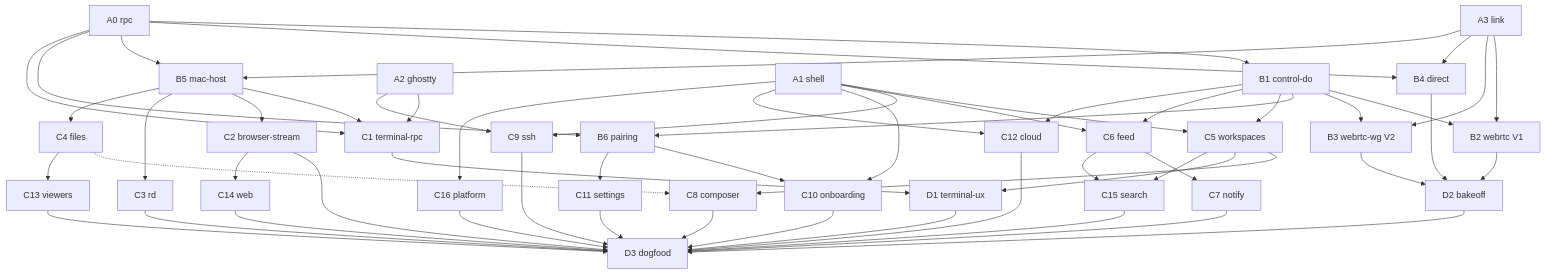
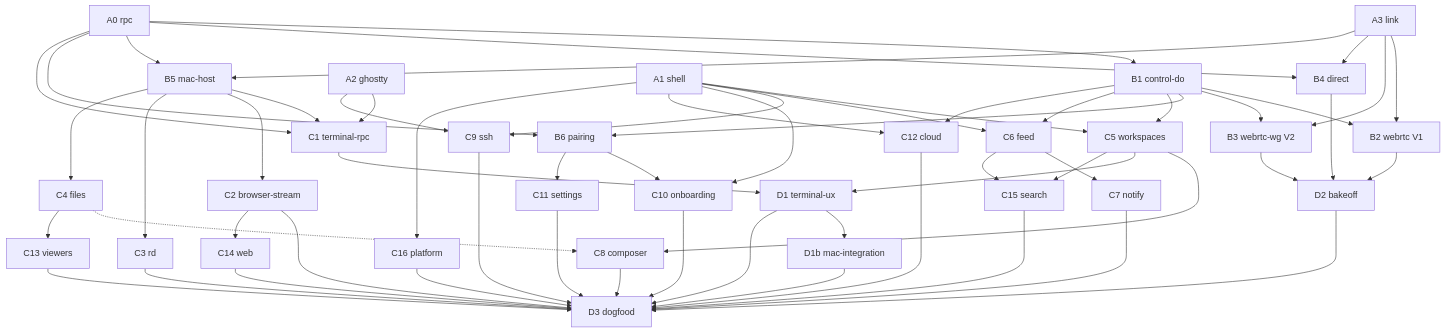
Before and after one commit to manaflow-ai/cmux: the diagram in plans/cmux-next/ios-next/PLAN.md, drawn with Mermaid. The commit also changed other lines of this file, not shown here.

Commit message:
plans(cmux-next): D1b Mac integration lane

````diff
--- a/plans/cmux-next/ios-next/PLAN.md
+++ b/plans/cmux-next/ios-next/PLAN.md
@@ -127,58 +132,60 @@
 ```mermaid
 graph TD
   A0[A0 rpc] --> B1[B1 control-do]
   A0 --> B4[B4 direct]
   A0 --> B5[B5 mac-host]
   A3[A3 link] --> B2[B2 webrtc V1]
   A3 --> B3[B3 webrtc-wg V2]
   A3 --> B4
   A3 --> B5
   B1 --> B2
   B1 --> B3
   B1 --> B6[B6 pairing]
   A0 --> B6
   A0 --> C1[C1 terminal-rpc]
   A2[A2 ghostty] --> C1
   B5 --> C1
   B5 --> C2[C2 browser-stream]
   B5 --> C3[C3 rd]
   B5 --> C4[C4 files]
   A1[A1 shell] --> C5[C5 workspaces]
   B1 --> C5
   A1 --> C6[C6 feed]
   B1 --> C6
   C6 --> C7[C7 notify]
   C5 --> C8[C8 composer]
   C4 -.-> C8
   A1 --> C9[C9 ssh]
   A2 --> C9
   A1 --> C10[C10 onboarding]
   B6 --> C10
   B6 --> C11[C11 settings]
   C1 --> D1[D1 terminal-ux]
+  D1 --> D1b[D1b mac-integration]
+  D1b --> D3
   C5 --> D1
   B2 --> D2[D2 bakeoff]
   B3 --> D2
   B4 --> D2
   D1 --> D3[D3 dogfood]
   D2 --> D3
   C2 --> D3
   C3 --> D3
   C7 --> D3
   C8 --> D3
   C9 --> D3
   C10 --> D3
   C11 --> D3
   A1 --> C12[C12 cloud]
   B1 --> C12
   C4 --> C13[C13 viewers]
   C2 --> C14[C14 web]
   C5 --> C15[C15 search]
   C6 --> C15
   A1 --> C16[C16 platform]
   C12 --> D3
   C13 --> D3
   C14 --> D3
   C15 --> D3
   C16 --> D3
 ```
````
